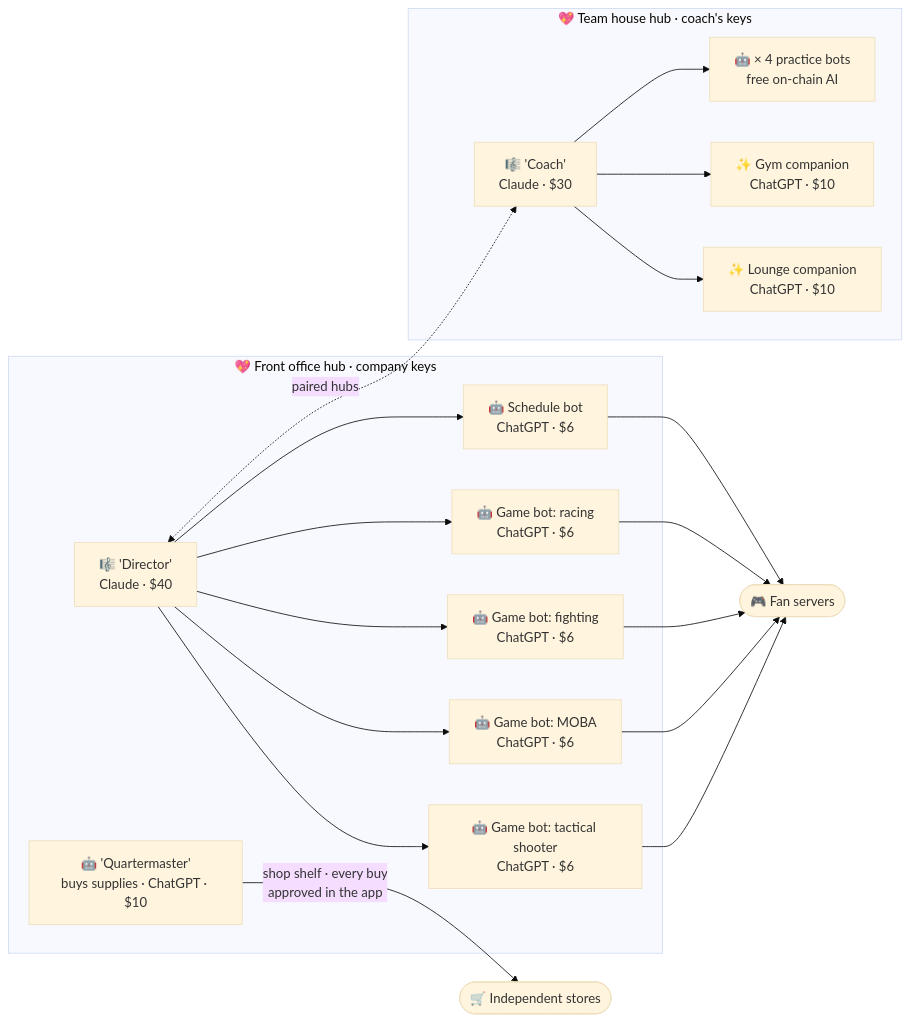
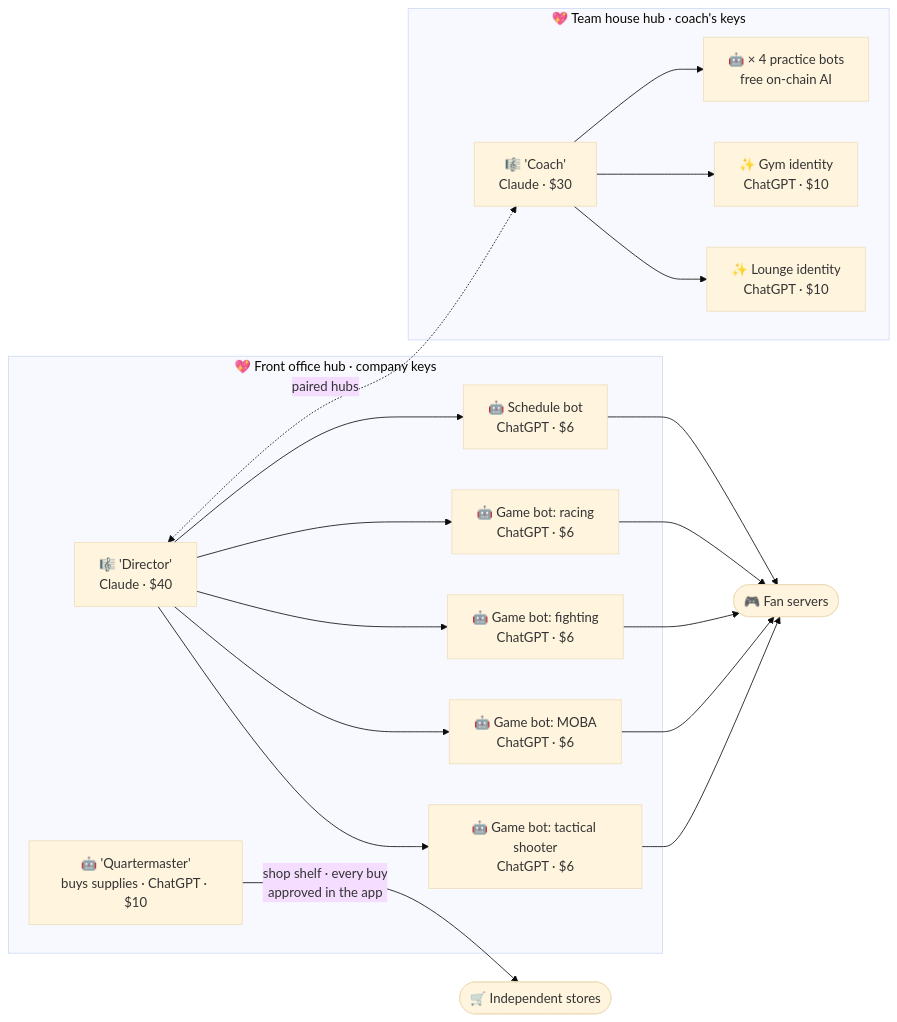
Before and after one commit to Smugandcomfy/waifu-ai-desktop: diagram 14 of 20 in docs/USE_CASES.md, drawn with Mermaid (base theme). The commit also changed other lines of this file and 14 other files, not shown here.

Commit message:
Docs say identity, as the app does (owner, 19 Nov): companion → identity throughout; Hologram Companion and the Public companion role keep their names; file names and anchors unchanged

````diff
--- a/docs/USE_CASES.md
+++ b/docs/USE_CASES.md
@@ -483,23 +483,23 @@
 ```mermaid
 flowchart LR
     subgraph FO["💖 Front office hub · company keys"]
         OF["🎼 'Director'<br/>Claude · $40"]
         F1["🤖 Game bot: tactical shooter<br/>ChatGPT · $6"]
         F2["🤖 Game bot: MOBA<br/>ChatGPT · $6"]
         F3["🤖 Game bot: fighting<br/>ChatGPT · $6"]
         F4["🤖 Game bot: racing<br/>ChatGPT · $6"]
         F5["🤖 Schedule bot<br/>ChatGPT · $6"]
         BUY["🤖 'Quartermaster'<br/>buys supplies · ChatGPT · $10"]
         OF --> F1 & F2 & F3 & F4 & F5
     end
     subgraph TH["💖 Team house hub · coach's keys"]
         OT["🎼 'Coach'<br/>Claude · $30"]
-        H1["✨ Lounge companion<br/>ChatGPT · $10"]
-        H2["✨ Gym companion<br/>ChatGPT · $10"]
+        H1["✨ Lounge identity<br/>ChatGPT · $10"]
+        H2["✨ Gym identity<br/>ChatGPT · $10"]
         T1["🤖 × 4 practice bots<br/>free on-chain AI"]
         OT --> H1 & H2 & T1
     end
     F1 & F2 & F3 & F4 & F5 --> FANS(["🎮 Fan servers"])
     BUY -- "shop shelf · every buy<br/>approved in the app" --> SHOP(["🛒 Independent stores"])
     OF <-. "paired hubs" .-> OT
 ```
````
